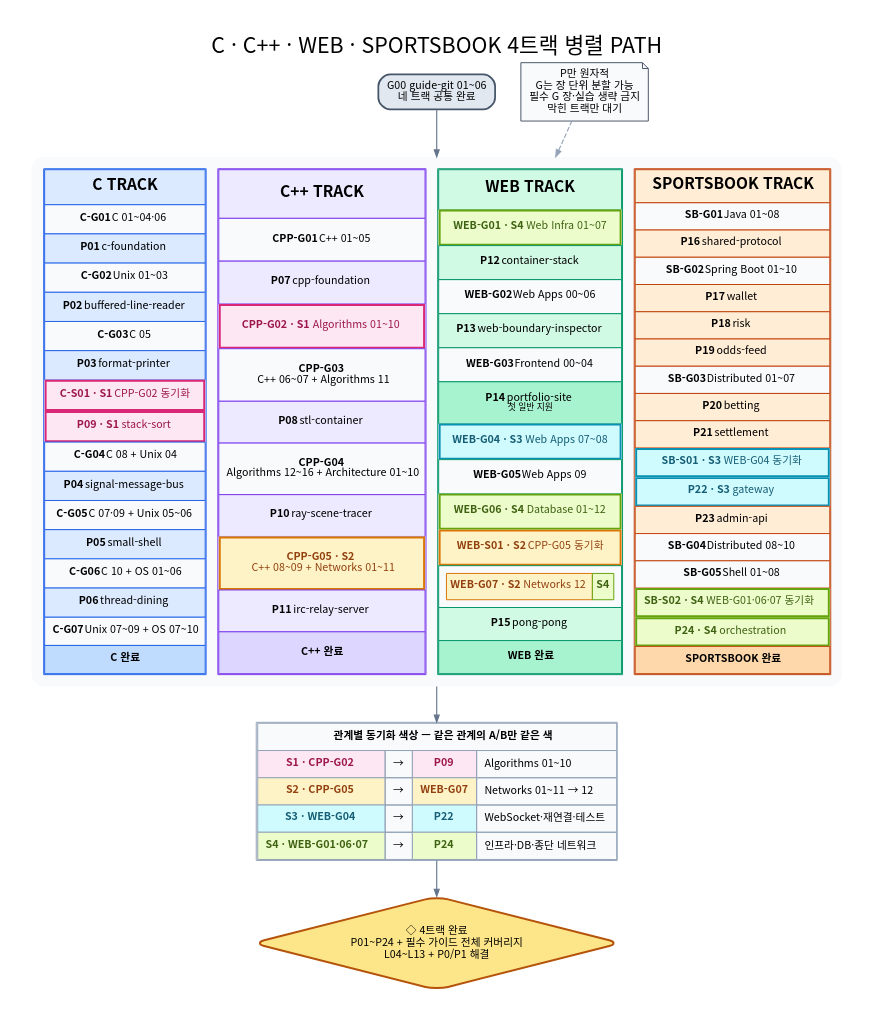
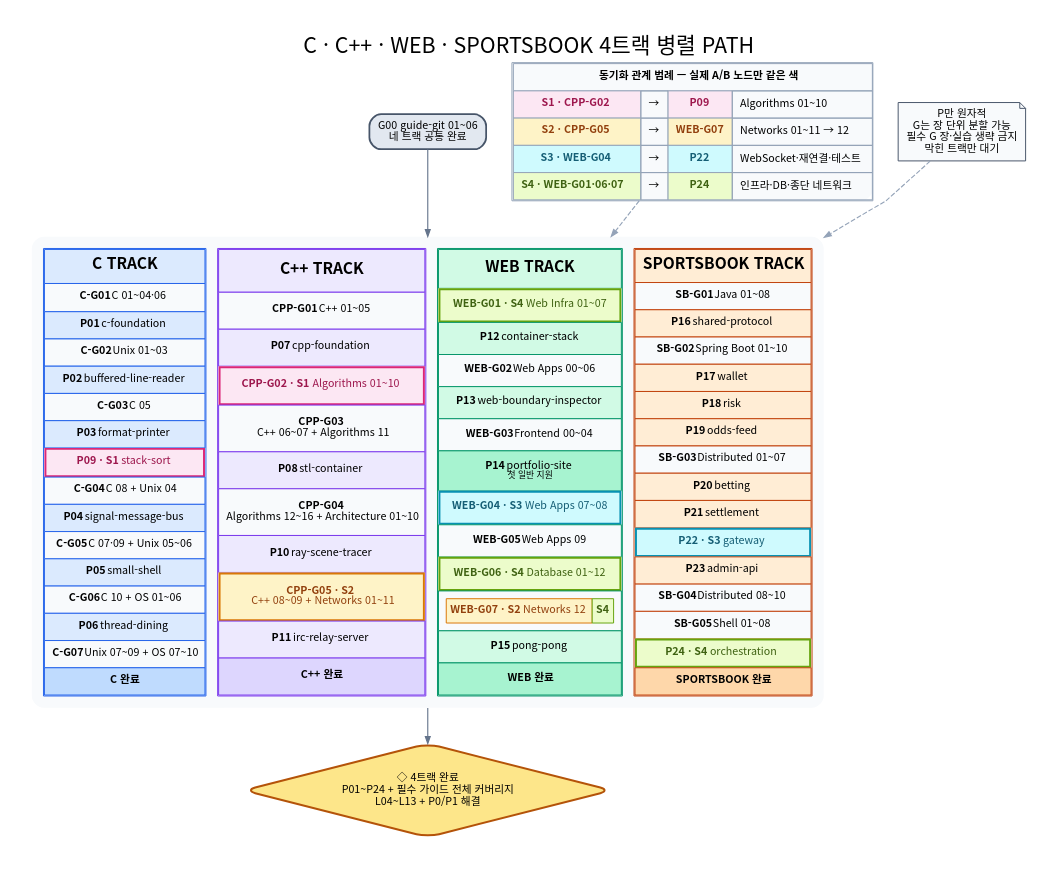
One commit to woopinbell/engineering-path-review changed the diagram in assets/path/parallel-path.dot. Above: the diagram before and after it, drawn with Graphviz. The commit also changed 14 other files, not shown here.

```diff
--- a/assets/path/parallel-path.dot
+++ b/assets/path/parallel-path.dot
@@ -1,111 +1,108 @@
 digraph ParallelPathOverview {
   graph [rankdir=TB, bgcolor="white", pad="0.35", nodesep="0.36", ranksep="0.52",
     fontname="Noto Sans CJK KR", fontsize=22,
     label="C · C++ · WEB · SPORTSBOOK 4트랙 병렬 PATH", labelloc=t, splines=polyline];
   node [shape=box, style="rounded,filled", fontname="Noto Sans CJK KR", fontsize=11,
     margin="0.14,0.09", color="#64748b", fillcolor="#f8fafc"];
   edge [fontname="Noto Sans CJK KR", fontsize=9, color="#64748b", arrowsize=0.72, penwidth=1.15];
 
   START [label="G00 guide-git 01~06\n네 트랙 공통 완료", fillcolor="#e2e8f0", color="#475569", penwidth=1.8];
 
   TRACKS [shape=plain, label=<
     <TABLE BORDER="0" CELLBORDER="0" CELLSPACING="12" CELLPADDING="0">
       <TR>
         <TD VALIGN="TOP">
           <TABLE BORDER="1" CELLBORDER="1" CELLSPACING="0" CELLPADDING="7" COLOR="#2563eb">
             <TR><TD BGCOLOR="#dbeafe"><FONT POINT-SIZE="16"><B>C TRACK</B></FONT></TD></TR>
             <TR><TD BGCOLOR="#f8fafc"><B>C-G01</B> C 01~04·06</TD></TR>
             <TR><TD BGCOLOR="#dbeafe"><B>P01</B> c-foundation</TD></TR>
             <TR><TD BGCOLOR="#f8fafc"><B>C-G02</B> Unix 01~03</TD></TR>
             <TR><TD BGCOLOR="#dbeafe"><B>P02</B> buffered-line-reader</TD></TR>
             <TR><TD BGCOLOR="#f8fafc"><B>C-G03</B> C 05</TD></TR>
             <TR><TD BGCOLOR="#dbeafe"><B>P03</B> format-printer</TD></TR>
-            <TR><TD BGCOLOR="#fce7f3" BORDER="2" COLOR="#db2777"><FONT COLOR="#9d174d"><B>C-S01 · S1</B> CPP-G02 동기화</FONT></TD></TR>
             <TR><TD BGCOLOR="#fce7f3" BORDER="2" COLOR="#db2777"><FONT COLOR="#9d174d"><B>P09 · S1</B> stack-sort</FONT></TD></TR>
             <TR><TD BGCOLOR="#f8fafc"><B>C-G04</B> C 08 + Unix 04</TD></TR>
             <TR><TD BGCOLOR="#dbeafe"><B>P04</B> signal-message-bus</TD></TR>
             <TR><TD BGCOLOR="#f8fafc"><B>C-G05</B> C 07·09 + Unix 05~06</TD></TR>
             <TR><TD BGCOLOR="#dbeafe"><B>P05</B> small-shell</TD></TR>
             <TR><TD BGCOLOR="#f8fafc"><B>C-G06</B> C 10 + OS 01~06</TD></TR>
             <TR><TD BGCOLOR="#dbeafe"><B>P06</B> thread-dining</TD></TR>
             <TR><TD BGCOLOR="#f8fafc"><B>C-G07</B> Unix 07~09 + OS 07~10</TD></TR>
             <TR><TD BGCOLOR="#bfdbfe"><B>C 완료</B></TD></TR>
           </TABLE>
         </TD>
         <TD VALIGN="TOP">
           <TABLE BORDER="1" CELLBORDER="1" CELLSPACING="0" CELLPADDING="7" COLOR="#7c3aed">
             <TR><TD BGCOLOR="#ede9fe"><FONT POINT-SIZE="16"><B>C++ TRACK</B></FONT></TD></TR>
             <TR><TD BGCOLOR="#f8fafc"><B>CPP-G01</B> C++ 01~05</TD></TR>
             <TR><TD BGCOLOR="#ede9fe"><B>P07</B> cpp-foundation</TD></TR>
             <TR><TD BGCOLOR="#fce7f3" BORDER="2" COLOR="#db2777"><FONT COLOR="#9d174d"><B>CPP-G02 · S1</B> Algorithms 01~10</FONT></TD></TR>
             <TR><TD BGCOLOR="#f8fafc"><B>CPP-G03</B><BR/>C++ 06~07 + Algorithms 11</TD></TR>
             <TR><TD BGCOLOR="#ede9fe"><B>P08</B> stl-container</TD></TR>
             <TR><TD BGCOLOR="#f8fafc"><B>CPP-G04</B><BR/>Algorithms 12~16 + Architecture 01~10</TD></TR>
             <TR><TD BGCOLOR="#ede9fe"><B>P10</B> ray-scene-tracer</TD></TR>
             <TR><TD BGCOLOR="#fef3c7" BORDER="2" COLOR="#d97706"><FONT COLOR="#92400e"><B>CPP-G05 · S2</B><BR/>C++ 08~09 + Networks 01~11</FONT></TD></TR>
             <TR><TD BGCOLOR="#ede9fe"><B>P11</B> irc-relay-server</TD></TR>
             <TR><TD BGCOLOR="#ddd6fe"><B>C++ 완료</B></TD></TR>
           </TABLE>
         </TD>
         <TD VALIGN="TOP">
           <TABLE BORDER="1" CELLBORDER="1" CELLSPACING="0" CELLPADDING="7" COLOR="#059669">
             <TR><TD BGCOLOR="#d1fae5"><FONT POINT-SIZE="16"><B>WEB TRACK</B></FONT></TD></TR>
             <TR><TD BGCOLOR="#ecfccb" BORDER="2" COLOR="#65a30d"><FONT COLOR="#3f6212"><B>WEB-G01 · S4</B> Web Infra 01~07</FONT></TD></TR>
             <TR><TD BGCOLOR="#d1fae5"><B>P12</B> container-stack</TD></TR>
             <TR><TD BGCOLOR="#f8fafc"><B>WEB-G02</B> Web Apps 00~06</TD></TR>
             <TR><TD BGCOLOR="#d1fae5"><B>P13</B> web-boundary-inspector</TD></TR>
             <TR><TD BGCOLOR="#f8fafc"><B>WEB-G03</B> Frontend 00~04</TD></TR>
             <TR><TD BGCOLOR="#a7f3d0"><B>P14</B> portfolio-site<BR/><FONT POINT-SIZE="9">첫 일반 지원</FONT></TD></TR>
             <TR><TD BGCOLOR="#cffafe" BORDER="2" COLOR="#0891b2"><FONT COLOR="#155e75"><B>WEB-G04 · S3</B> Web Apps 07~08</FONT></TD></TR>
             <TR><TD BGCOLOR="#f8fafc"><B>WEB-G05</B> Web Apps 09</TD></TR>
             <TR><TD BGCOLOR="#ecfccb" BORDER="2" COLOR="#65a30d"><FONT COLOR="#3f6212"><B>WEB-G06 · S4</B> Database 01~12</FONT></TD></TR>
-            <TR><TD BGCOLOR="#fef3c7" BORDER="2" COLOR="#d97706"><FONT COLOR="#92400e"><B>WEB-S01 · S2</B> CPP-G05 동기화</FONT></TD></TR>
             <TR><TD><TABLE BORDER="0" CELLBORDER="1" CELLSPACING="0" CELLPADDING="3"><TR><TD BGCOLOR="#fef3c7" COLOR="#d97706"><FONT COLOR="#92400e"><B>WEB-G07 · S2</B> Networks 12</FONT></TD><TD BGCOLOR="#ecfccb" COLOR="#65a30d"><FONT COLOR="#3f6212"><B>S4</B></FONT></TD></TR></TABLE></TD></TR>
             <TR><TD BGCOLOR="#d1fae5"><B>P15</B> pong-pong</TD></TR>
             <TR><TD BGCOLOR="#a7f3d0"><B>WEB 완료</B></TD></TR>
           </TABLE>
         </TD>
         <TD VALIGN="TOP">
           <TABLE BORDER="1" CELLBORDER="1" CELLSPACING="0" CELLPADDING="7" COLOR="#c2410c">
             <TR><TD BGCOLOR="#ffedd5"><FONT POINT-SIZE="16"><B>SPORTSBOOK TRACK</B></FONT></TD></TR>
             <TR><TD BGCOLOR="#f8fafc"><B>SB-G01</B> Java 01~08</TD></TR>
             <TR><TD BGCOLOR="#ffedd5"><B>P16</B> shared-protocol</TD></TR>
             <TR><TD BGCOLOR="#f8fafc"><B>SB-G02</B> Spring Boot 01~10</TD></TR>
             <TR><TD BGCOLOR="#ffedd5"><B>P17</B> wallet</TD></TR>
             <TR><TD BGCOLOR="#ffedd5"><B>P18</B> risk</TD></TR>
             <TR><TD BGCOLOR="#ffedd5"><B>P19</B> odds-feed</TD></TR>
             <TR><TD BGCOLOR="#f8fafc"><B>SB-G03</B> Distributed 01~07</TD></TR>
             <TR><TD BGCOLOR="#ffedd5"><B>P20</B> betting</TD></TR>
             <TR><TD BGCOLOR="#ffedd5"><B>P21</B> settlement</TD></TR>
-            <TR><TD BGCOLOR="#cffafe" BORDER="2" COLOR="#0891b2"><FONT COLOR="#155e75"><B>SB-S01 · S3</B> WEB-G04 동기화</FONT></TD></TR>
             <TR><TD BGCOLOR="#cffafe" BORDER="2" COLOR="#0891b2"><FONT COLOR="#155e75"><B>P22 · S3</B> gateway</FONT></TD></TR>
             <TR><TD BGCOLOR="#ffedd5"><B>P23</B> admin-api</TD></TR>
             <TR><TD BGCOLOR="#f8fafc"><B>SB-G04</B> Distributed 08~10</TD></TR>
             <TR><TD BGCOLOR="#f8fafc"><B>SB-G05</B> Shell 01~08</TD></TR>
-            <TR><TD BGCOLOR="#ecfccb" BORDER="2" COLOR="#65a30d"><FONT COLOR="#3f6212"><B>SB-S02 · S4</B> WEB-G01·06·07 동기화</FONT></TD></TR>
             <TR><TD BGCOLOR="#ecfccb" BORDER="2" COLOR="#65a30d"><FONT COLOR="#3f6212"><B>P24 · S4</B> orchestration</FONT></TD></TR>
             <TR><TD BGCOLOR="#fed7aa"><B>SPORTSBOOK 완료</B></TD></TR>
           </TABLE>
         </TD>
       </TR>
     </TABLE>
   >];
 
   SYNC [shape=plain, label=<
     <TABLE BORDER="1" CELLBORDER="1" CELLSPACING="0" CELLPADDING="7" COLOR="#94a3b8">
-      <TR><TD BGCOLOR="#f8fafc" COLSPAN="4"><B>관계별 동기화 색상 — 같은 관계의 A/B만 같은 색</B></TD></TR>
+      <TR><TD BGCOLOR="#f8fafc" COLSPAN="4"><B>동기화 관계 범례 — 실제 A/B 노드만 같은 색</B></TD></TR>
       <TR><TD BGCOLOR="#fce7f3"><FONT COLOR="#9d174d"><B>S1 · CPP-G02</B></FONT></TD><TD>→</TD><TD BGCOLOR="#fce7f3"><FONT COLOR="#9d174d"><B>P09</B></FONT></TD><TD ALIGN="LEFT">Algorithms 01~10</TD></TR>
       <TR><TD BGCOLOR="#fef3c7"><FONT COLOR="#92400e"><B>S2 · CPP-G05</B></FONT></TD><TD>→</TD><TD BGCOLOR="#fef3c7"><FONT COLOR="#92400e"><B>WEB-G07</B></FONT></TD><TD ALIGN="LEFT">Networks 01~11 → 12</TD></TR>
       <TR><TD BGCOLOR="#cffafe"><FONT COLOR="#155e75"><B>S3 · WEB-G04</B></FONT></TD><TD>→</TD><TD BGCOLOR="#cffafe"><FONT COLOR="#155e75"><B>P22</B></FONT></TD><TD ALIGN="LEFT">WebSocket·재연결·테스트</TD></TR>
       <TR><TD BGCOLOR="#ecfccb"><FONT COLOR="#3f6212"><B>S4 · WEB-G01·06·07</B></FONT></TD><TD>→</TD><TD BGCOLOR="#ecfccb"><FONT COLOR="#3f6212"><B>P24</B></FONT></TD><TD ALIGN="LEFT">인프라·DB·종단 네트워크</TD></TR>
     </TABLE>
   >];
 
   RULE [shape=note, label="P만 원자적\nG는 장 단위 분할 가능\n필수 G 장·실습 생략 금지\n막힌 트랙만 대기", fillcolor="#f8fafc", color="#475569"];
 
   COMPLETE [label="◇ 4트랙 완료\nP01~P24 + 필수 가이드 전체 커버리지\nL04~L13 + P0/P1 해결", shape=diamond,
     fillcolor="#fde68a", color="#b45309", penwidth=2];
 
-  START -> TRACKS -> SYNC -> COMPLETE;
+  START -> TRACKS -> COMPLETE;
+  SYNC -> TRACKS [style=dashed, color="#94a3b8", constraint=false];
   RULE -> TRACKS [style=dashed, color="#94a3b8", constraint=false];
 }
```
